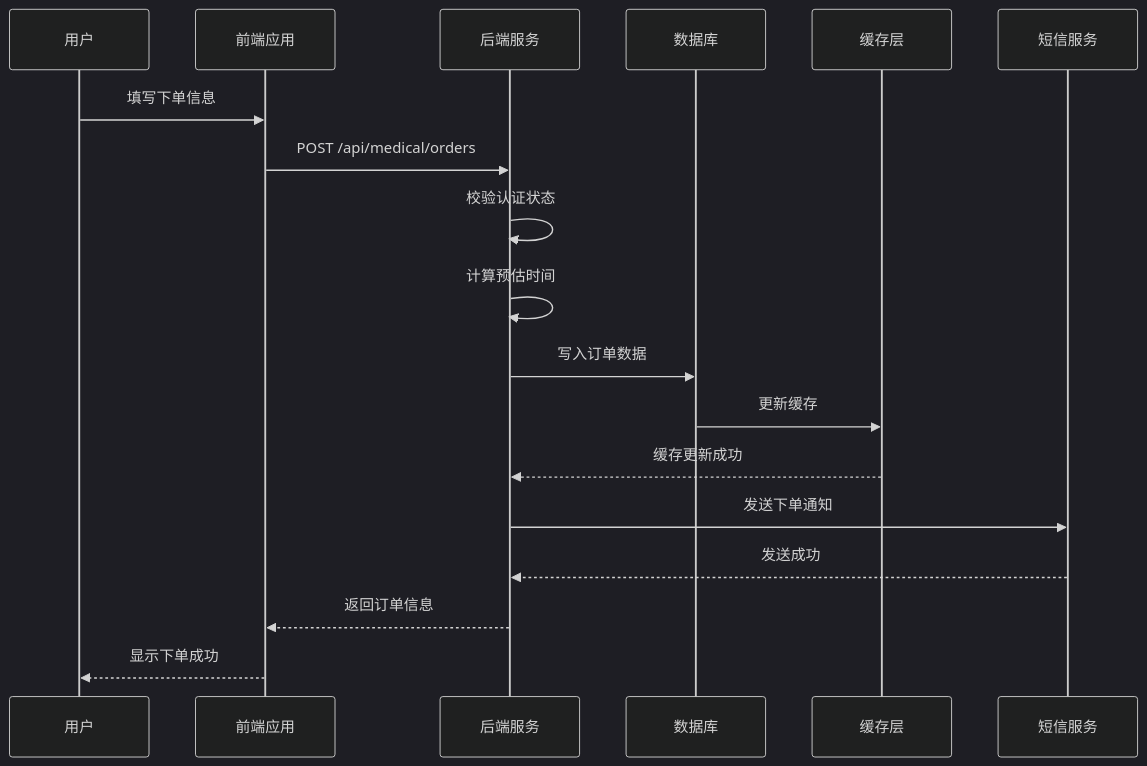
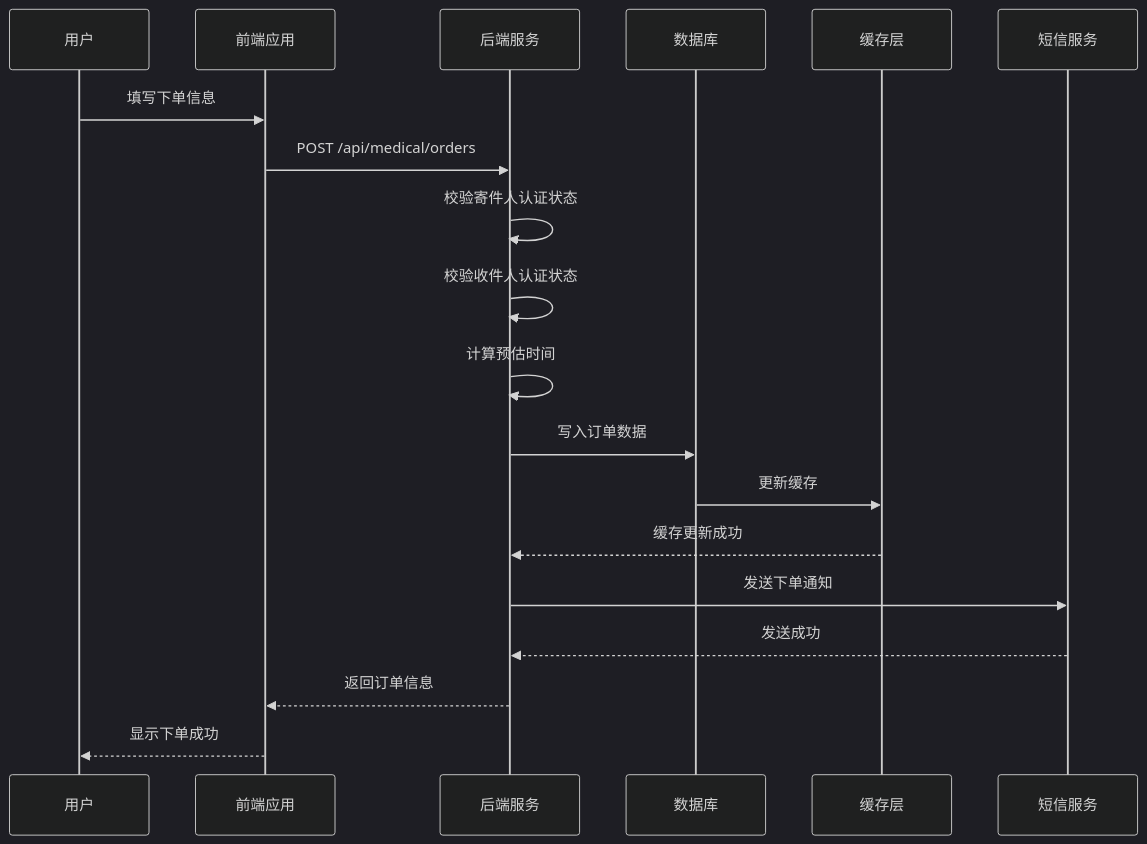
Before and after one commit to Giraffe-Han/microAPP: the seventh of 23 diagrams in .qoder/repowiki/zh/content/业务功能模块/医疗配送模块功能设计.md, drawn with Mermaid (dark theme). The commit also changed other lines of this file and 93 other files, not shown here.

Commit message:
fix: 恢复原始Banner图片URL到配置中

````diff
--- a/.qoder/repowiki/zh/content/业务功能模块/医疗配送模块功能设计.md
+++ b/.qoder/repowiki/zh/content/业务功能模块/医疗配送模块功能设计.md
@@ -332,20 +374,21 @@
 ```mermaid
 sequenceDiagram
 participant User as 用户
 participant Frontend as 前端应用
 participant Backend as 后端服务
 participant DB as 数据库
 participant Cache as 缓存层
 participant SMS as 短信服务
 User->>Frontend : 填写下单信息
 Frontend->>Backend : POST /api/medical/orders
-Backend->>Backend : 校验认证状态
+Backend->>Backend : 校验寄件人认证状态
+Backend->>Backend : 校验收件人认证状态
 Backend->>Backend : 计算预估时间
 Backend->>DB : 写入订单数据
 DB->>Cache : 更新缓存
 Cache-->>Backend : 缓存更新成功
 Backend->>SMS : 发送下单通知
 SMS-->>Backend : 发送成功
 Backend-->>Frontend : 返回订单信息
 Frontend-->>User : 显示下单成功
 ```
````
